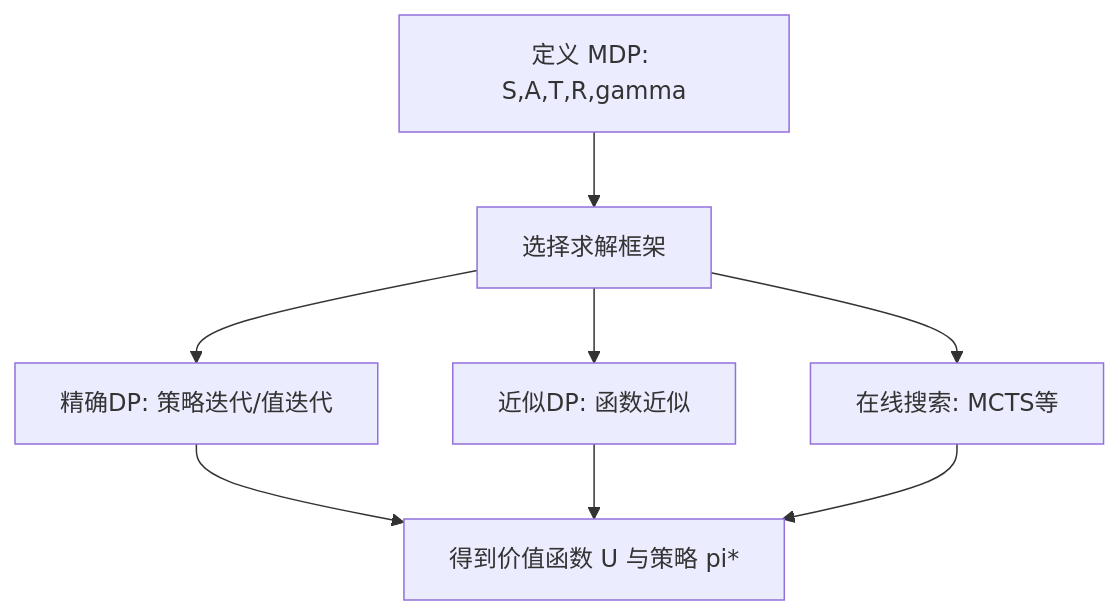
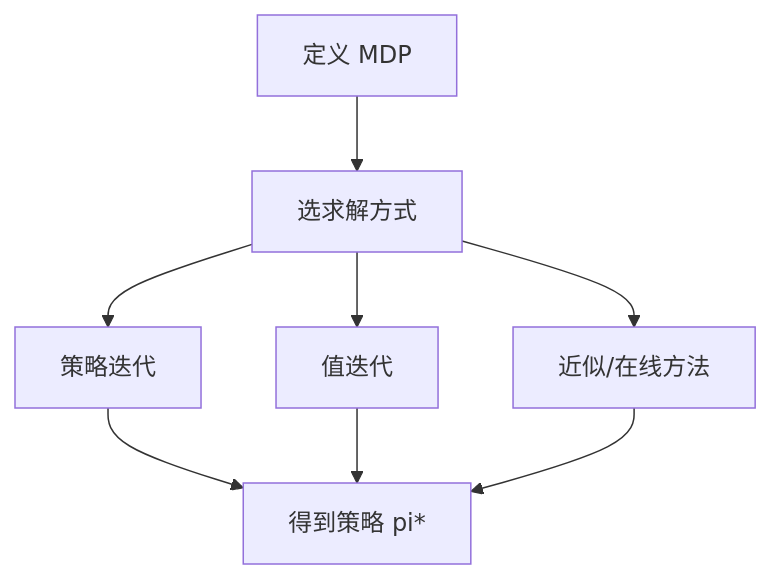
The diagram in _includes/content/tech/dmu-ch-04.md (gulu-sherry/gulu-sherry.github.io), drawn with Mermaid before and after one commit. The commit also changed other lines of this file and 9 other files, not shown here.

````diff
--- a/_includes/content/tech/dmu-ch-04.md
+++ b/_includes/content/tech/dmu-ch-04.md
@@ -177,10 +104,10 @@
 ```mermaid
 flowchart TD
-    A["定义 MDP: S,A,T,R,gamma"] --> B["选择求解框架"]
-    B --> C["精确DP: 策略迭代/值迭代"]
-    B --> D["近似DP: 函数近似"]
-    B --> E["在线搜索: MCTS等"]
-    C --> F["得到价值函数 U 与策略 pi*"]
+    A["定义 MDP"] --> B["选求解方式"]
+    B --> C["策略迭代"]
+    B --> D["值迭代"]
+    B --> E["近似/在线方法"]
+    C --> F["得到策略 pi*"]
     D --> F
     E --> F
 ```
````
